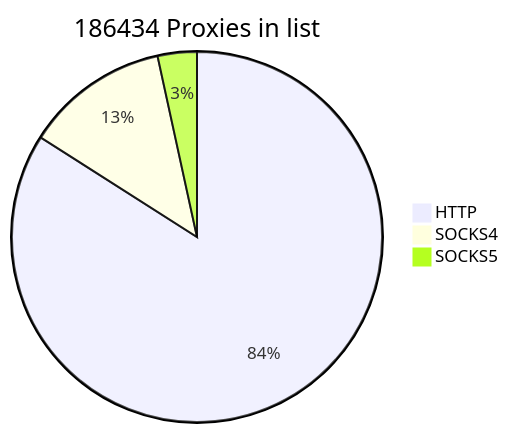
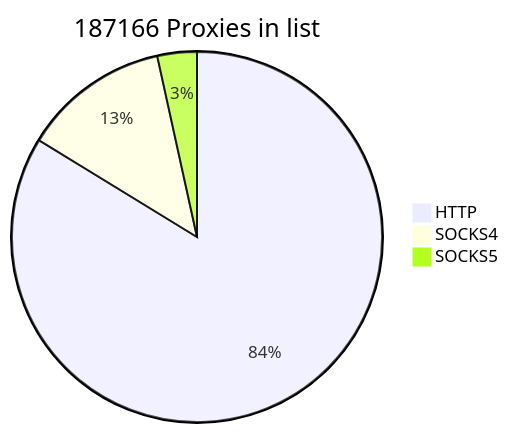
The first of 2 diagrams in README.md (cutipu/proxylist), drawn with Mermaid before and after one commit. The commit also changed other lines of this file, not shown here.

````diff
--- a/README.md
+++ b/README.md
@@ -2,7 +2,7 @@
 ```mermaid
-pie title 186434 Proxies in list
-    "HTTP" : 156649
-    "SOCKS4" : 23412
-    "SOCKS5" : 6373
+pie title 187166 Proxies in list
+    "HTTP" : 156731
+    "SOCKS4" : 23986
+    "SOCKS5" : 6449
             
 ```
````
